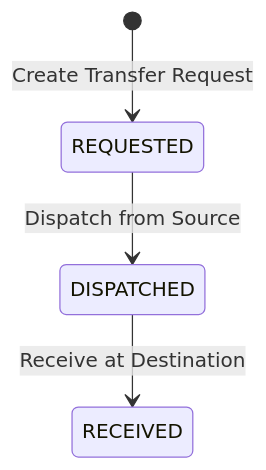
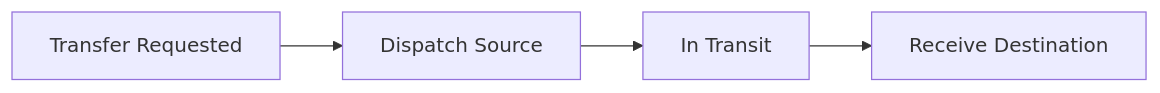
One commit to Sagarchhetri83/mini-operations-erp changed the third of 4 diagrams in README.md. Above: the diagram before and after it, drawn with Mermaid. The commit also changed other lines of this file, not shown here.

````diff
--- a/README.md
+++ b/README.md
@@ -266,6 +74,6 @@
 ```mermaid
-stateDiagram-v2
-    [*] --> REQUESTED: Create Transfer Request
-    REQUESTED --> DISPATCHED: Dispatch from Source
-    DISPATCHED --> RECEIVED: Receive at Destination
+flowchart LR
+    Req[Transfer Requested] --> Dispatch[Dispatch Source]
+    Dispatch --> Transit[In Transit]
+    Transit --> Receive[Receive Destination]
 ```
````
